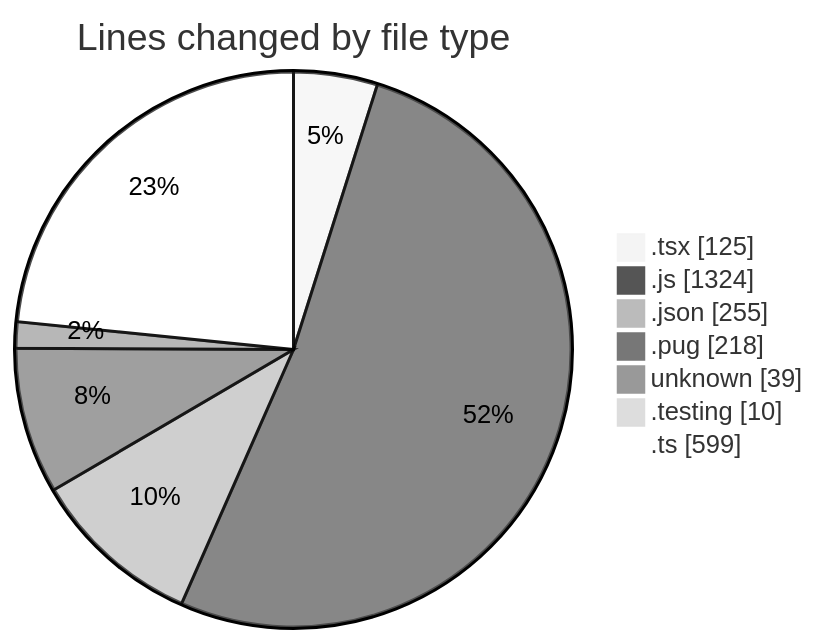
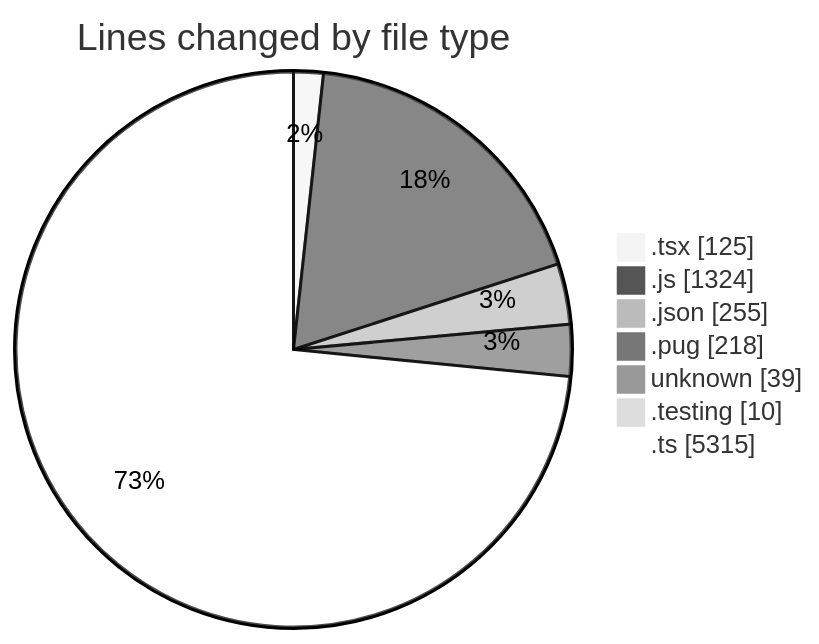
The first of 2 diagrams in 2025-03-07/cda/README.md (momahboobian/code-tracking), drawn with Mermaid (neutral theme) before and after one commit. The commit also changed other lines of this file and 1 other file, not shown here.

````diff
--- a/2025-03-07/cda/README.md
+++ b/2025-03-07/cda/README.md
@@ -35,11 +38,11 @@
 ```mermaid
 pie showData
 title Lines changed by file type
 ".tsx" : 125
 ".js" : 1324
 ".json" : 255
 ".pug" : 218
 "unknown" : 39
 ".testing" : 10
-".ts" : 599
+".ts" : 5315
 ```
````
